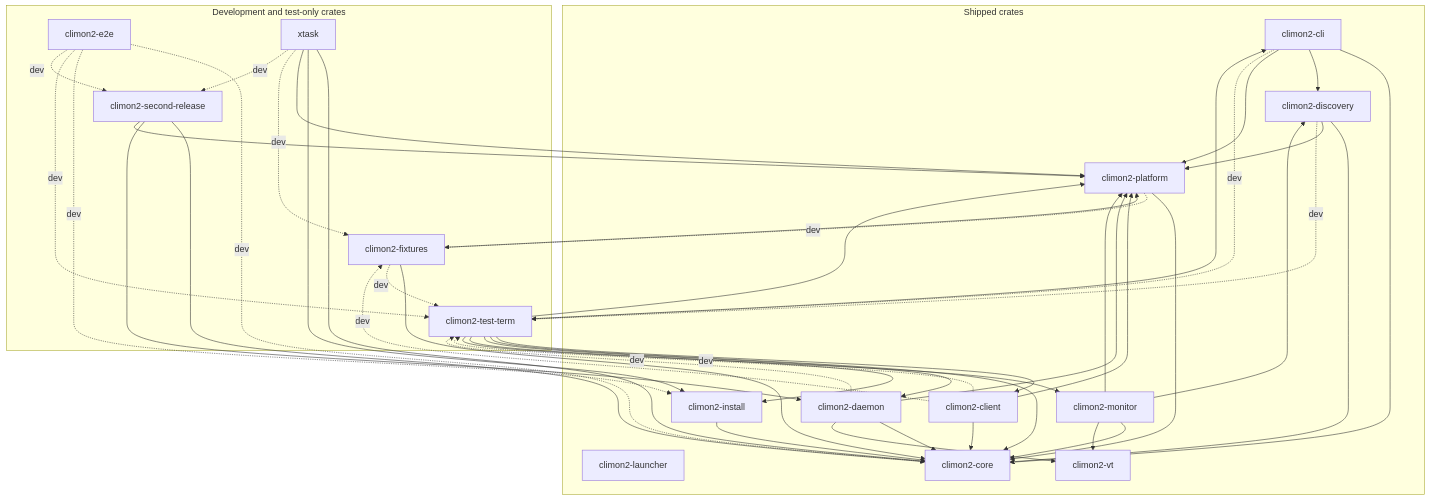
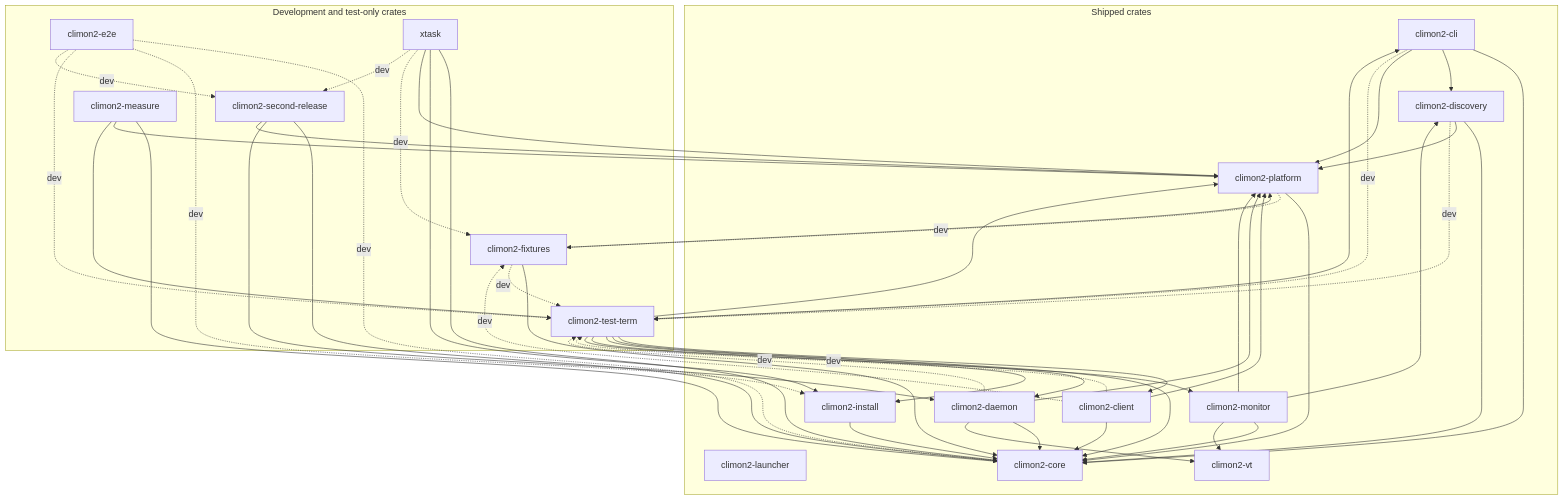
One commit to jackgeek/climon2 changed the diagram in docs/crate-relationships.md. Above: the diagram before and after it, drawn with Mermaid. The commit also changed other lines of this file and 3 other files, not shown here.

````diff
--- a/docs/crate-relationships.md
+++ b/docs/crate-relationships.md
@@ -10,70 +10,74 @@
 ```mermaid
 flowchart TB
     subgraph shipped["Shipped crates"]
         launcher["climon2-launcher"]
         cli["climon2-cli"]
         discovery["climon2-discovery"]
         client["climon2-client"]
         daemon["climon2-daemon"]
         install["climon2-install"]
         monitor["climon2-monitor"]
         platform["climon2-platform"]
         core["climon2-core"]
         vt["climon2-vt"]
 
         cli --> core
         cli --> discovery
         cli --> platform
         discovery --> core
         discovery --> platform
         client --> core
         client --> platform
         daemon --> core
         daemon --> platform
         daemon --> vt
         install --> core
         monitor --> core
         monitor --> discovery
         monitor --> platform
         monitor --> vt
         platform --> core
     end
 
     subgraph development["Development and test-only crates"]
         test_term["climon2-test-term"]
         e2e["climon2-e2e"]
         fixtures["climon2-fixtures"]
         xtask["xtask"]
         second["climon2-second-release"]
+        measure["climon2-measure"]
     end
 
     cli -.->|"dev"| test_term
     discovery -.->|"dev"| test_term
     client -.->|"dev"| test_term
     daemon -.->|"dev"| test_term
     test_term --> cli
     test_term --> client
     test_term --> core
     test_term --> daemon
     test_term --> install
     test_term --> monitor
     test_term --> platform
     e2e -.->|"dev"| core
     e2e -.->|"dev"| install
     e2e -.->|"dev"| test_term
     fixtures --> core
     fixtures --> platform
     fixtures -.->|"dev"| test_term
     platform -.->|"dev"| fixtures
     client -.->|"dev"| fixtures
     xtask --> core
     xtask --> install
     xtask --> platform
     xtask -.->|"dev"| fixtures
     xtask -.->|"dev"| second
     e2e -.->|"dev"| second
     second --> core
     second --> daemon
     second --> platform
+    measure --> core
+    measure --> platform
+    measure --> test_term
 
 ```
````
